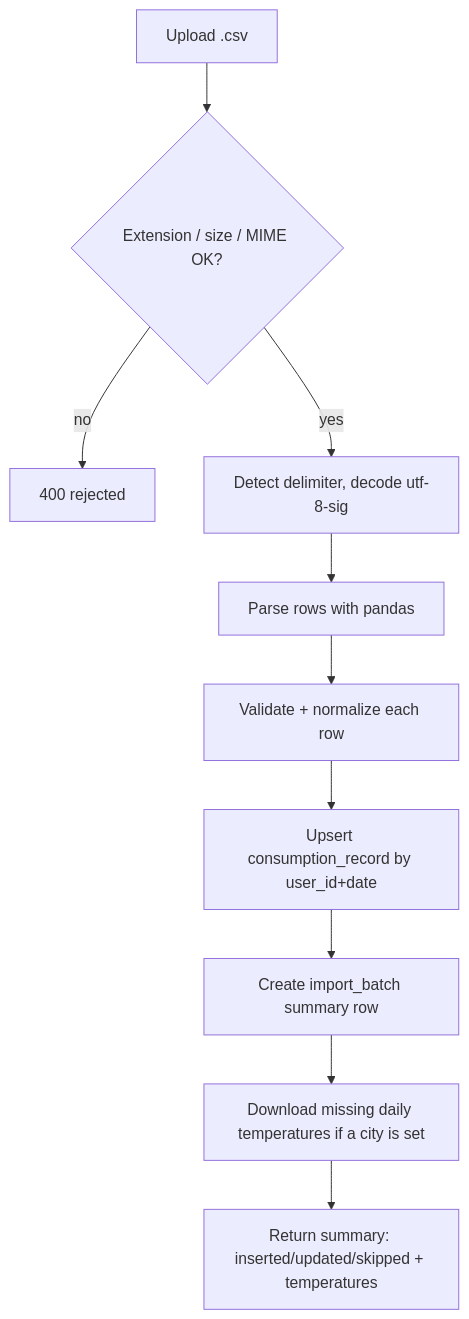
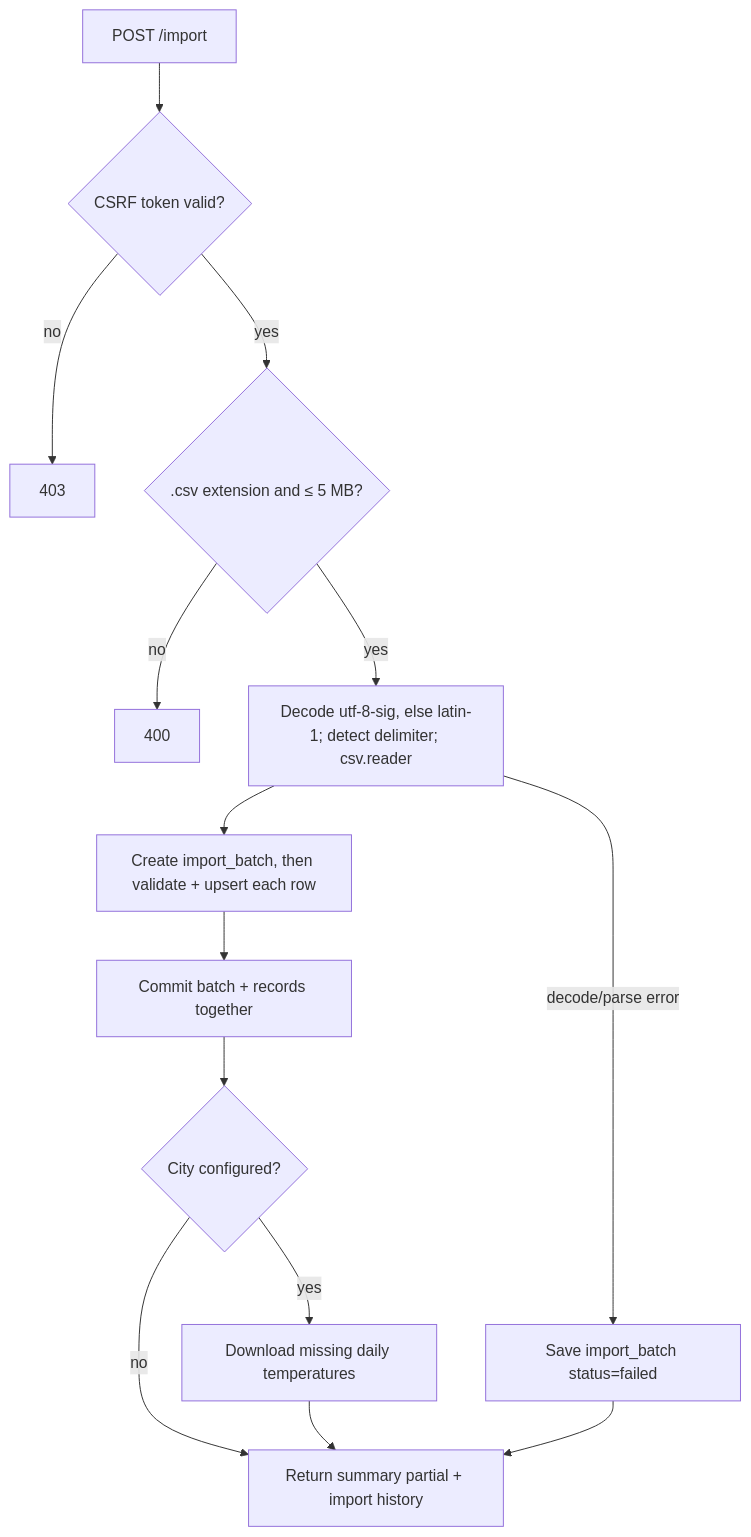
Before and after one commit to CSharplie/spark: the diagram in docs/03-csv-import.md, drawn with Mermaid. The commit also changed other lines of this file and 11 other files, not shown here.

First line of the commit message:
docs: refresh architecture and deployment guidance

````diff
--- a/docs/03-csv-import.md
+++ b/docs/03-csv-import.md
@@ -83,12 +84,16 @@
 ```mermaid
 flowchart TD
-    A[Upload .csv] --> B{Extension / size / MIME OK?}
-    B -- no --> R[400 rejected]
-    B -- yes --> C[Detect delimiter, decode utf-8-sig]
-    C --> D[Parse rows with pandas]
-    D --> E[Validate + normalize each row]
-    E --> F[Upsert consumption_record by user_id+date]
-    F --> G[Create import_batch summary row]
-    G --> T[Download missing daily temperatures if a city is set]
-    T --> H[Return summary: inserted/updated/skipped + temperatures]
+    A[POST /import] --> B{CSRF token valid?}
+    B -- no --> R1[403]
+    B -- yes --> C{.csv extension and ≤ 5 MB?}
+    C -- no --> R2[400]
+    C -- yes --> D[Decode utf-8-sig, else latin-1; detect delimiter; csv.reader]
+    D -- decode/parse error --> F1[Save import_batch status=failed]
+    D --> E[Create import_batch, then validate + upsert each row]
+    E --> G[Commit batch + records together]
+    G --> T{City configured?}
+    T -- yes --> W[Download missing daily temperatures]
+    T -- no --> S
+    W --> S[Return summary partial + import history]
+    F1 --> S
 ```
````
